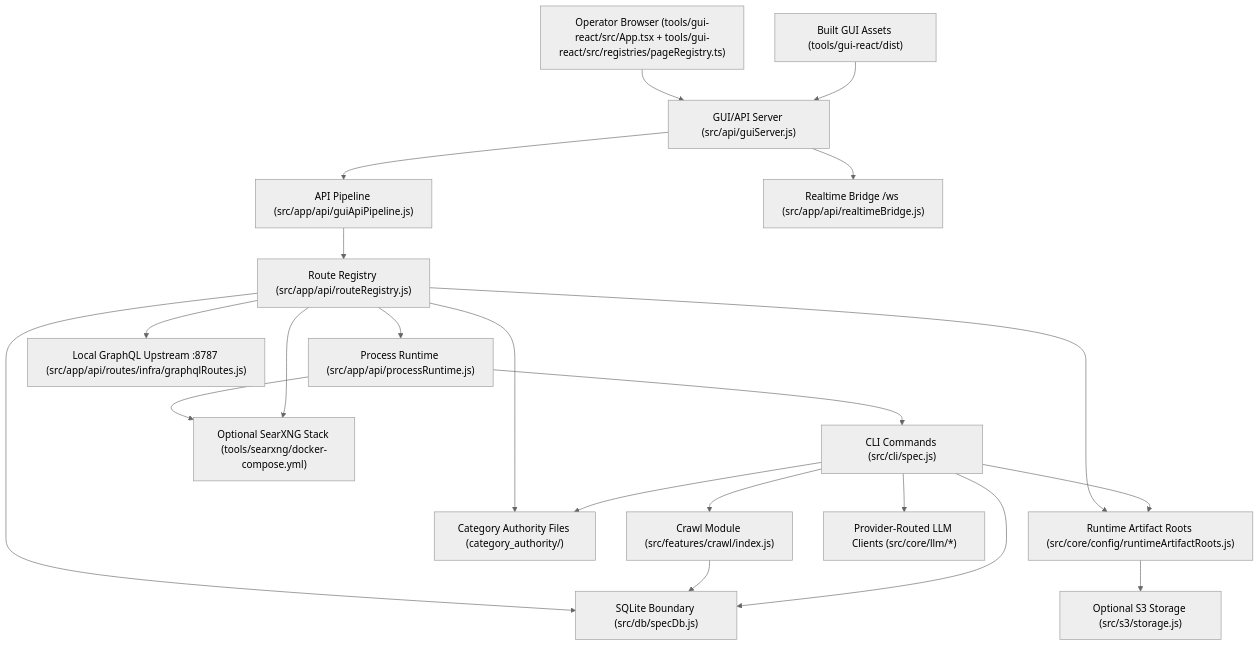
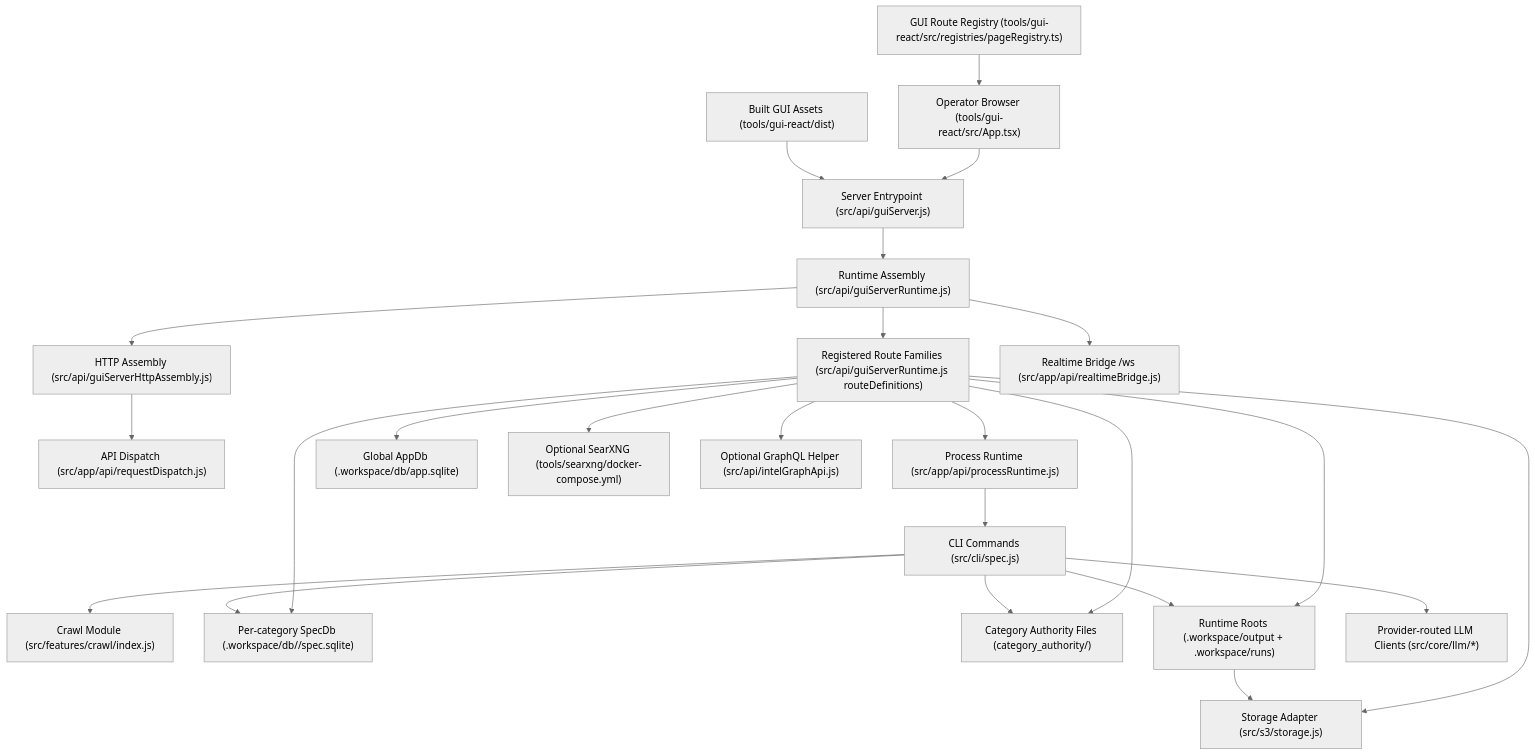
Before and after one commit to CdubVentures/Spec-Factory: the diagram in docs/03-architecture/system-map.md, drawn with Mermaid (neutral theme). The commit also changed other lines of this file and 145 other files, not shown here.

````diff
--- a/docs/03-architecture/system-map.md
+++ b/docs/03-architecture/system-map.md
@@ -7,40 +7,47 @@
 ```mermaid
 graph TD
-  Browser["Operator Browser (tools/gui-react/src/App.tsx + tools/gui-react/src/registries/pageRegistry.ts)"]
+  Browser["Operator Browser (tools/gui-react/src/App.tsx)"]
+  Registry["GUI Route Registry (tools/gui-react/src/registries/pageRegistry.ts)"]
   GuiBuild["Built GUI Assets (tools/gui-react/dist)"]
-  GuiServer["GUI/API Server (src/api/guiServer.js)"]
-  Pipeline["API Pipeline (src/app/api/guiApiPipeline.js)"]
-  Routes["Route Registry (src/app/api/routeRegistry.js)"]
+  Entry["Server Entrypoint (src/api/guiServer.js)"]
+  Runtime["Runtime Assembly (src/api/guiServerRuntime.js)"]
+  Http["HTTP Assembly (src/api/guiServerHttpAssembly.js)"]
+  Dispatch["API Dispatch (src/app/api/requestDispatch.js)"]
+  Routes["Registered Route Families (src/api/guiServerRuntime.js routeDefinitions)"]
   Realtime["Realtime Bridge /ws (src/app/api/realtimeBridge.js)"]
   Proc["Process Runtime (src/app/api/processRuntime.js)"]
   Cli["CLI Commands (src/cli/spec.js)"]
   Crawl["Crawl Module (src/features/crawl/index.js)"]
-  SpecDb["SQLite Boundary (src/db/specDb.js)"]
+  AppDb["Global AppDb (.workspace/db/app.sqlite)"]
+  SpecDb["Per-category SpecDb (.workspace/db/<category>/spec.sqlite)"]
   Authority["Category Authority Files (category_authority/)"]
-  Output["Runtime Artifact Roots (src/core/config/runtimeArtifactRoots.js)"]
-  S3["Optional S3 Storage (src/s3/storage.js)"]
-  Searxng["Optional SearXNG Stack (tools/searxng/docker-compose.yml)"]
-  Graphql["Local GraphQL Upstream :8787 (src/app/api/routes/infra/graphqlRoutes.js)"]
-  Llm["Provider-Routed LLM Clients (src/core/llm/*)"]
+  Workspace["Runtime Roots (.workspace/output + .workspace/runs)"]
+  Storage["Storage Adapter (src/s3/storage.js)"]
+  Searxng["Optional SearXNG (tools/searxng/docker-compose.yml)"]
+  Graphql["Optional GraphQL Helper (src/api/intelGraphApi.js)"]
+  Llm["Provider-routed LLM Clients (src/core/llm/*)"]
 
-  Browser --> GuiServer
-  GuiBuild --> GuiServer
-  GuiServer --> Pipeline
-  Pipeline --> Routes
-  GuiServer --> Realtime
+  Browser --> Entry
+  Registry --> Browser
+  GuiBuild --> Entry
+  Entry --> Runtime
+  Runtime --> Http
+  Http --> Dispatch
+  Runtime --> Routes
+  Runtime --> Realtime
+  Routes --> AppDb
   Routes --> SpecDb
   Routes --> Authority
-  Routes --> Output
+  Routes --> Workspace
   Routes --> Proc
+  Routes --> Storage
+  Routes --> Searxng
+  Routes --> Graphql
   Proc --> Cli
   Cli --> Crawl
-  Crawl --> SpecDb
   Cli --> SpecDb
   Cli --> Authority
-  Cli --> Output
+  Cli --> Workspace
   Cli --> Llm
-  Proc --> Searxng
-  Routes --> Searxng
-  Routes --> Graphql
-  Output --> S3
+  Workspace --> Storage
 ```
````
